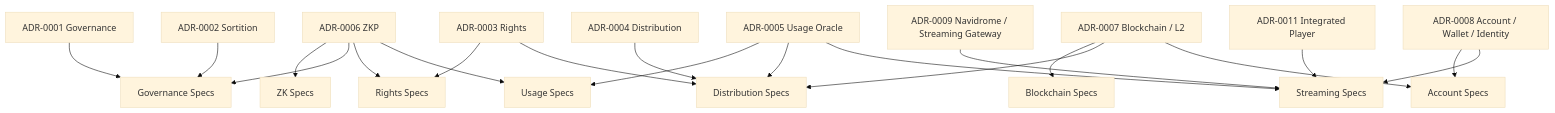
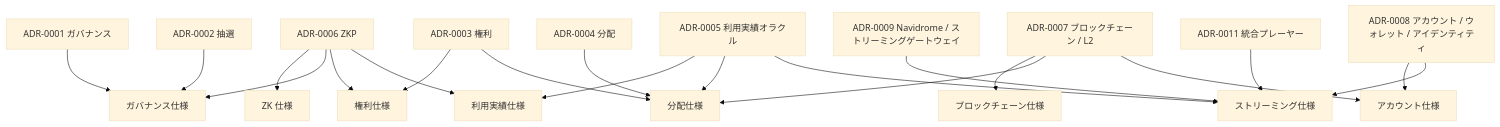
The fifth of 5 diagrams in docs/protocol/index.md (ShigeichiroYamasaki/creator-first-platform), drawn with Mermaid (base theme) before and after one commit. The commit also changed other lines of this file and 72 other files, not shown here.

````diff
--- a/docs/protocol/index.md
+++ b/docs/protocol/index.md
@@ -504,34 +504,34 @@
 ```mermaid
 flowchart TD
-    ADR1[ADR-0001 Governance]
-    ADR2[ADR-0002 Sortition]
-    ADR3[ADR-0003 Rights]
-    ADR4[ADR-0004 Distribution]
-    ADR5[ADR-0005 Usage Oracle]
+    ADR1[ADR-0001 ガバナンス]
+    ADR2[ADR-0002 抽選]
+    ADR3[ADR-0003 権利]
+    ADR4[ADR-0004 分配]
+    ADR5[ADR-0005 利用実績オラクル]
     ADR6[ADR-0006 ZKP]
-    ADR7[ADR-0007 Blockchain / L2]
-    ADR8[ADR-0008 Account / Wallet / Identity]
-    ADR9[ADR-0009 Navidrome / Streaming Gateway]
-    ADR11[ADR-0011 Integrated Player]
+    ADR7[ADR-0007 ブロックチェーン / L2]
+    ADR8[ADR-0008 アカウント / ウォレット / アイデンティティ]
+    ADR9[ADR-0009 Navidrome / ストリーミングゲートウェイ]
+    ADR11[ADR-0011 統合プレーヤー]
 
-    ADR1 --> GOV[Governance Specs]
+    ADR1 --> GOV[ガバナンス仕様]
     ADR2 --> GOV
-    ADR3 --> RIGHTS[Rights Specs]
-    ADR4 --> DIST[Distribution Specs]
-    ADR5 --> USAGE[Usage Specs]
-    ADR6 --> ZK[ZK Specs]
-    ADR7 --> CHAIN[Blockchain Specs]
-    ADR8 --> ACCOUNT[Account Specs]
-    ADR9 --> STREAM[Streaming Specs]
+    ADR3 --> RIGHTS[権利仕様]
+    ADR4 --> DIST[分配仕様]
+    ADR5 --> USAGE[利用実績仕様]
+    ADR6 --> ZK[ZK 仕様]
+    ADR7 --> CHAIN[ブロックチェーン仕様]
+    ADR8 --> ACCOUNT[アカウント仕様]
+    ADR9 --> STREAM[ストリーミング仕様]
     ADR11 --> STREAM
 
     ADR3 --> DIST
     ADR5 --> DIST
     ADR6 --> GOV
     ADR6 --> RIGHTS
     ADR6 --> USAGE
     ADR7 --> DIST
     ADR7 --> ACCOUNT
     ADR8 --> STREAM
     ADR5 --> STREAM
 ```
````
